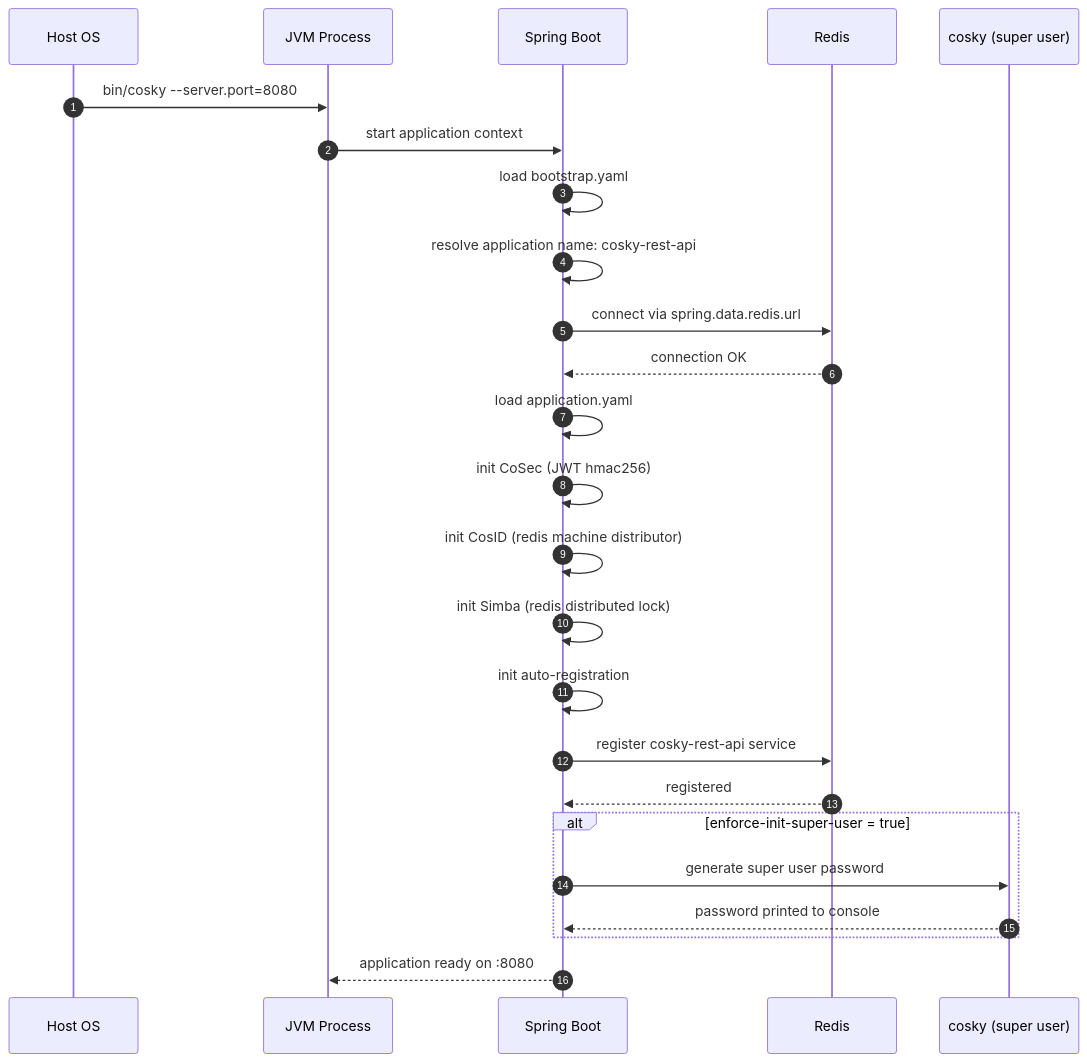
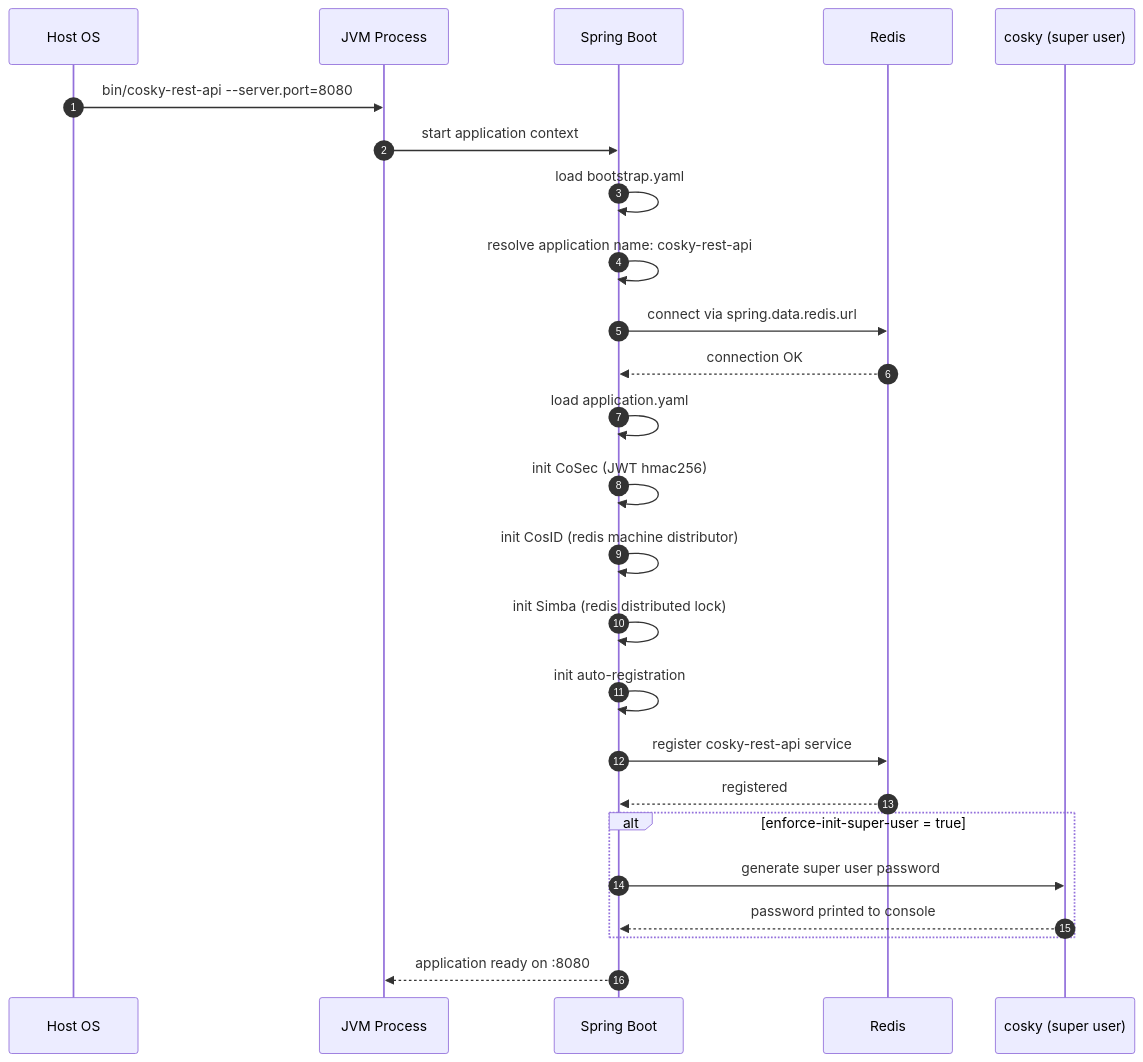
One commit to Ahoo-Wang/CoSky changed the third of 5 diagrams in wiki/guide/deployment-standalone.md. Above: the diagram before and after it, drawn with Mermaid. The commit also changed other lines of this file and 36 other files, not shown here.

````diff
--- a/wiki/guide/deployment-standalone.md
+++ b/wiki/guide/deployment-standalone.md
@@ -197,28 +202,28 @@
 ```mermaid
 sequenceDiagram
     autonumber
     participant OS as Host OS
     participant JVM as JVM Process
     participant SB as Spring Boot
     participant R as Redis
     participant US as cosky (super user)
 
-    OS->>JVM: bin/cosky --server.port=8080
+    OS->>JVM: bin/cosky-rest-api --server.port=8080
     JVM->>SB: start application context
     SB->>SB: load bootstrap.yaml
     SB->>SB: resolve application name: cosky-rest-api
     SB->>R: connect via spring.data.redis.url
     R-->>SB: connection OK
     SB->>SB: load application.yaml
     SB->>SB: init CoSec (JWT hmac256)
     SB->>SB: init CosID (redis machine distributor)
     SB->>SB: init Simba (redis distributed lock)
     SB->>SB: init auto-registration
     SB->>R: register cosky-rest-api service
     R-->>SB: registered
     alt enforce-init-super-user = true
         SB->>US: generate super user password
         US-->>SB: password printed to console
     end
     SB-->>JVM: application ready on :8080
 ```
````
